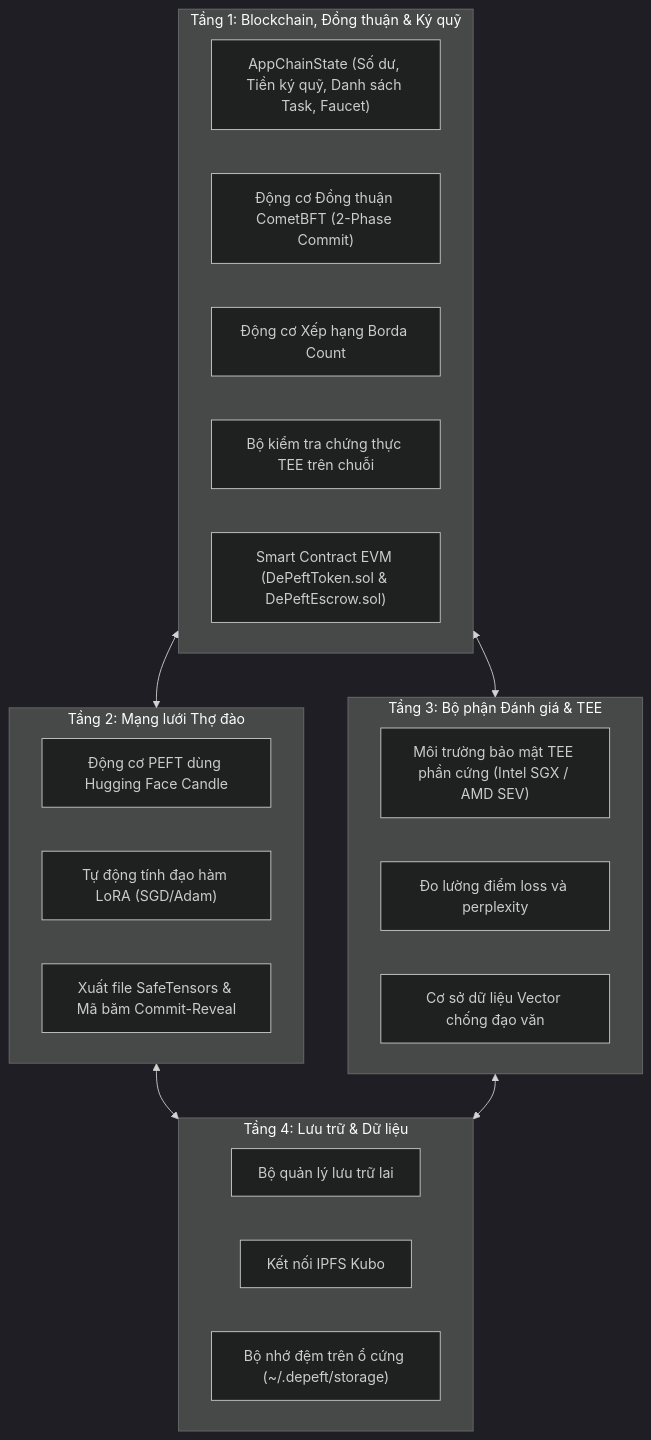
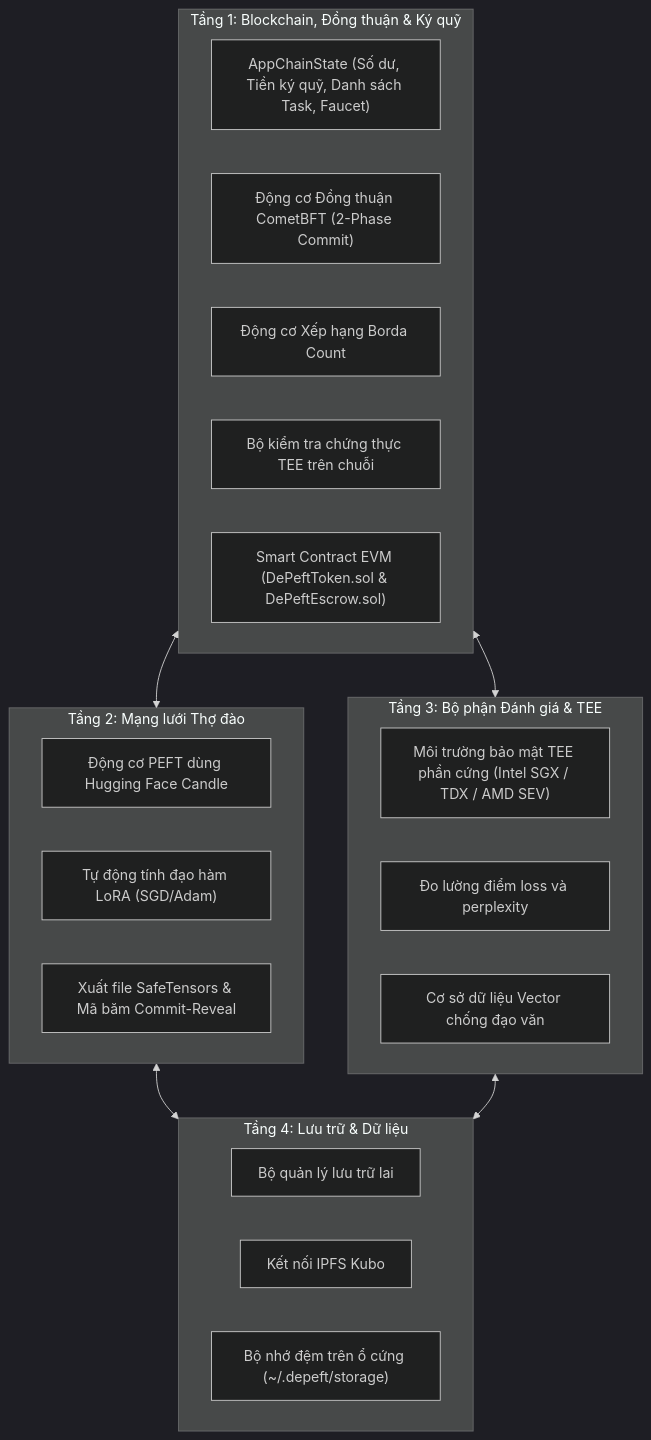
The diagram in ARCHITECTURE_VI.md (KhoaIsReal/DePEFT), drawn with Mermaid (dark theme) before and after one commit. The commit also changed other lines of this file and 14 other files, not shown here.

Commit message:
feat(tee): add native Intel TDX remote attestation support for validators

````diff
--- a/ARCHITECTURE_VI.md
+++ b/ARCHITECTURE_VI.md
@@ -9,33 +9,33 @@
 ```mermaid
 graph TD
     subgraph Layer1["Tầng 1: Blockchain, Đồng thuận & Ký quỹ"]
         ChainState["AppChainState (Số dư, Tiền ký quỹ, Danh sách Task, Faucet)"]
         BftEngine["Động cơ Đồng thuận CometBFT (2-Phase Commit)"]
         BordaEngine["Động cơ Xếp hạng Borda Count"]
         TeeVerifier["Bộ kiểm tra chứng thực TEE trên chuỗi"]
         SmartContracts["Smart Contract EVM (DePeftToken.sol & DePeftEscrow.sol)"]
     end
 
     subgraph Layer2["Tầng 2: Mạng lưới Thợ đào"]
         CandleEngine["Động cơ PEFT dùng Hugging Face Candle"]
         LoraAutograd["Tự động tính đạo hàm LoRA (SGD/Adam)"]
         SafeTensorsExport["Xuất file SafeTensors & Mã băm Commit-Reveal"]
     end
 
     subgraph Layer3["Tầng 3: Bộ phận Đánh giá & TEE"]
-        TeeEnclave["Môi trường bảo mật TEE phần cứng (Intel SGX / AMD SEV)"]
+        TeeEnclave["Môi trường bảo mật TEE phần cứng (Intel SGX / TDX / AMD SEV)"]
         Evaluator["Đo lường điểm loss và perplexity"]
         VectorDB["Cơ sở dữ liệu Vector chống đạo văn"]
     end
 
     subgraph Layer4["Tầng 4: Lưu trữ & Dữ liệu"]
         HybridStorage["Bộ quản lý lưu trữ lai"]
         IpfsKubo["Kết nối IPFS Kubo"]
         DiskCas["Bộ nhớ đệm trên ổ cứng (~/.depeft/storage)"]
     end
 
     Layer1 <--> Layer2
     Layer1 <--> Layer3
     Layer2 <--> Layer4
     Layer3 <--> Layer4
 ```
````
